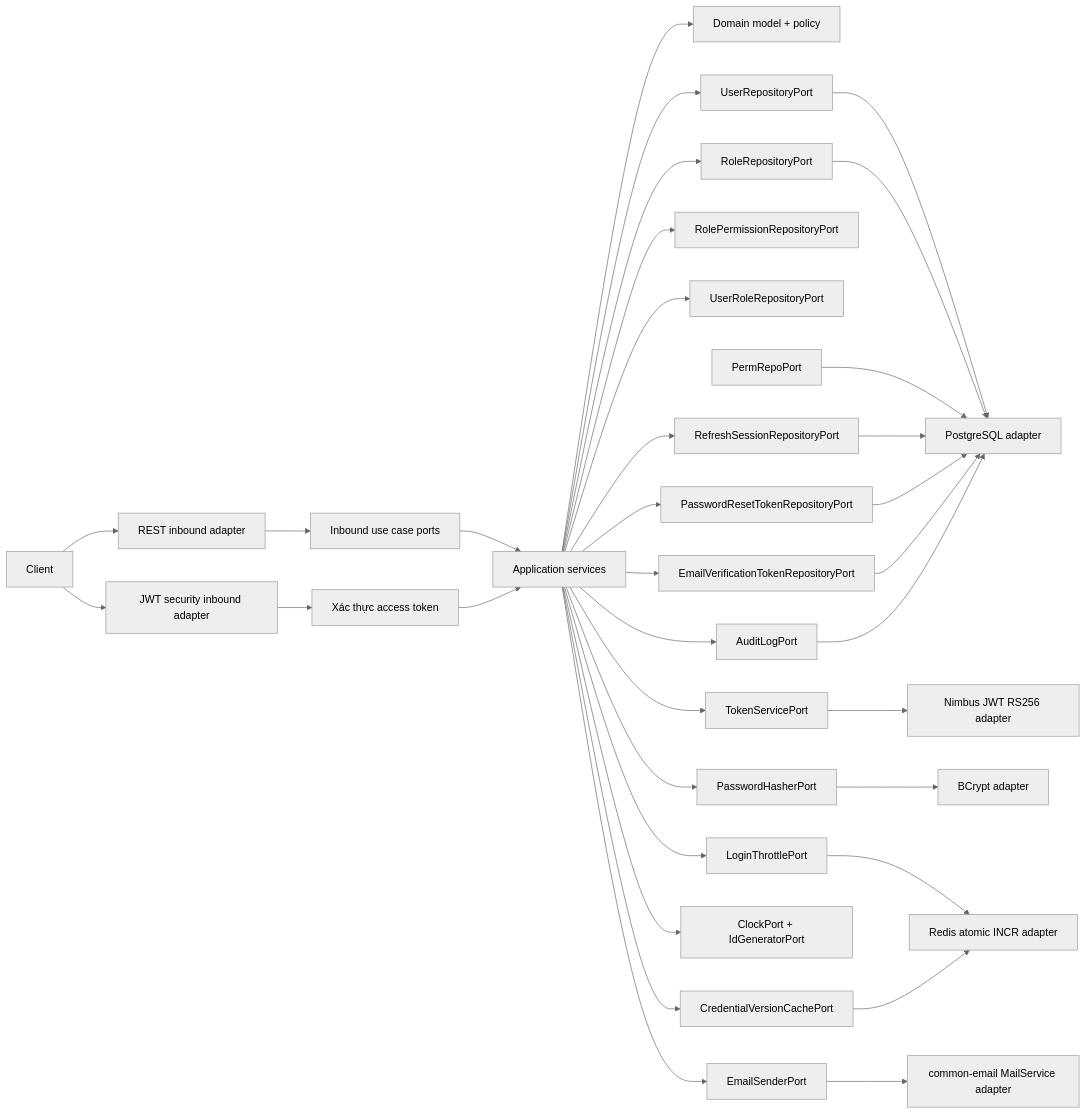
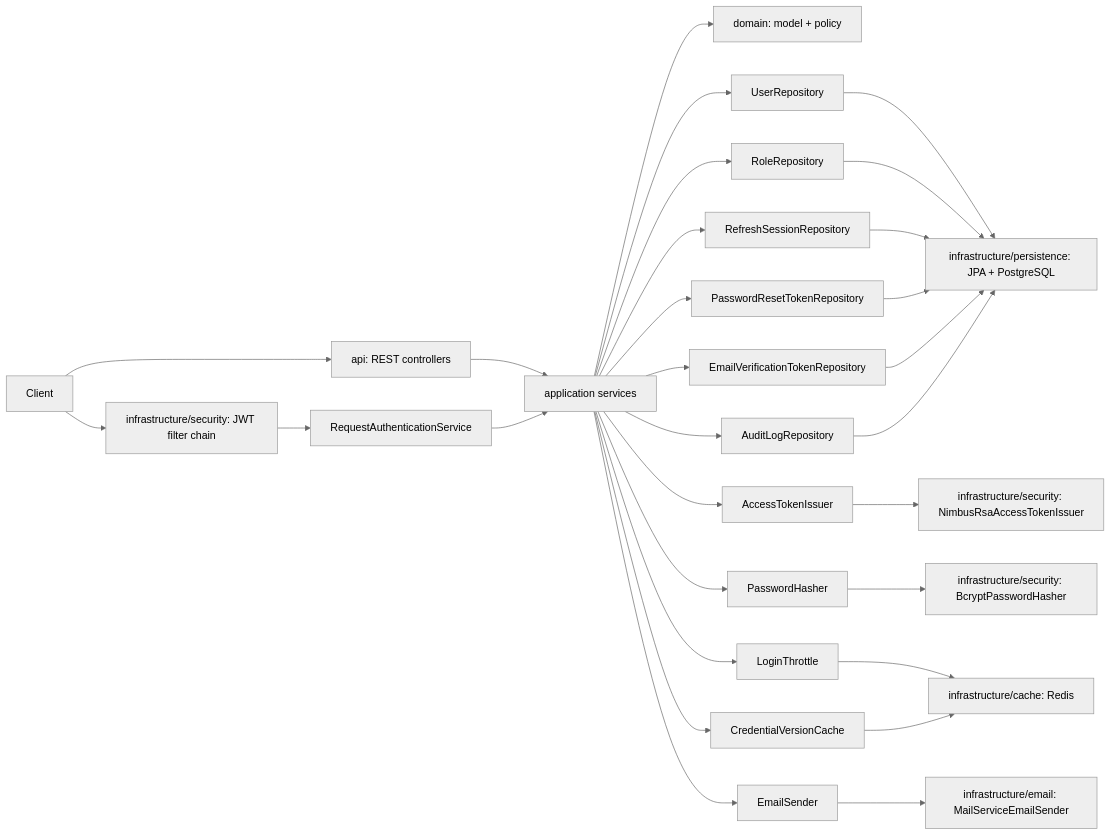
Before and after one commit to vandunxg/file_processing: the first of 6 diagrams in docs/specs/auth-module-requirements.md, drawn with Mermaid (neutral theme). The commit also changed other lines of this file and 30 other files, not shown here.

````diff
--- a/docs/specs/auth-module-requirements.md
+++ b/docs/specs/auth-module-requirements.md
@@ -628,36 +651,31 @@
 ```mermaid
 flowchart LR
-    Client[Client] --> Web[REST inbound adapter]
-    Client --> Security[JWT security inbound adapter]
-    Web --> InPort[Inbound use case ports]
-    Security --> AuthPort[Xác thực access token]
-    InPort --> App[Application services]
-    AuthPort --> App
-    App --> Domain[Domain model + policy]
-    App --> UserRepoPort[UserRepositoryPort]
-    App --> RoleRepoPort[RoleRepositoryPort]
-    App --> RolePermRepoPort[RolePermissionRepositoryPort]
-    App --> UserRolePort[UserRoleRepositoryPort]
-    App --> SessionPort[RefreshSessionRepositoryPort]
-    App --> ResetTokenPort[PasswordResetTokenRepositoryPort]
-    App --> VerifyTokenPort[EmailVerificationTokenRepositoryPort]
-    App --> TokenPort[TokenServicePort]
-    App --> PasswordPort[PasswordHasherPort]
-    App --> RateLimitPort[LoginThrottlePort]
-    App --> EmailPort[EmailSenderPort]
-    App --> AuditPort[AuditLogPort]
-    App --> ClockPort[ClockPort + IdGeneratorPort]
-    App --> CachePort[CredentialVersionCachePort]
-    UserRepoPort --> JpaAdapter[PostgreSQL adapter]
-    RoleRepoPort --> JpaAdapter
-    PermRepoPort --> JpaAdapter
-    SessionPort --> JpaAdapter
-    ResetTokenPort --> JpaAdapter
-    VerifyTokenPort --> JpaAdapter
-    AuditPort --> JpaAdapter
-    TokenPort --> JwtAdapter[Nimbus JWT RS256 adapter]
-    PasswordPort --> HashAdapter[BCrypt adapter]
-    RateLimitPort --> RedisAdapter[Redis atomic INCR adapter]
-    CachePort --> RedisAdapter
-    EmailPort --> EmailAdapter[common-email MailService adapter]
+    Client[Client] --> Web[api: REST controllers]
+    Client --> Security[infrastructure/security: JWT filter chain]
+    Web --> App[application services]
+    Security --> ReqAuth[RequestAuthenticationService]
+    ReqAuth --> App
+    App --> Domain[domain: model + policy]
+    App --> UserRepo[UserRepository]
+    App --> RoleRepo[RoleRepository]
+    App --> SessionRepo[RefreshSessionRepository]
+    App --> ResetRepo[PasswordResetTokenRepository]
+    App --> VerifyRepo[EmailVerificationTokenRepository]
+    App --> AuditRepo[AuditLogRepository]
+    App --> TokenIssuer[AccessTokenIssuer]
+    App --> Hasher[PasswordHasher]
+    App --> Throttle[LoginThrottle]
+    App --> CvCache[CredentialVersionCache]
+    App --> Mailer[EmailSender]
+    UserRepo --> Jpa[infrastructure/persistence: JPA + PostgreSQL]
+    RoleRepo --> Jpa
+    SessionRepo --> Jpa
+    ResetRepo --> Jpa
+    VerifyRepo --> Jpa
+    AuditRepo --> Jpa
+    TokenIssuer --> Jwt[infrastructure/security: NimbusRsaAccessTokenIssuer]
+    Hasher --> Bcrypt[infrastructure/security: BcryptPasswordHasher]
+    Throttle --> Redis[infrastructure/cache: Redis]
+    CvCache --> Redis
+    Mailer --> Smtp[infrastructure/email: MailServiceEmailSender]
 ```
````
